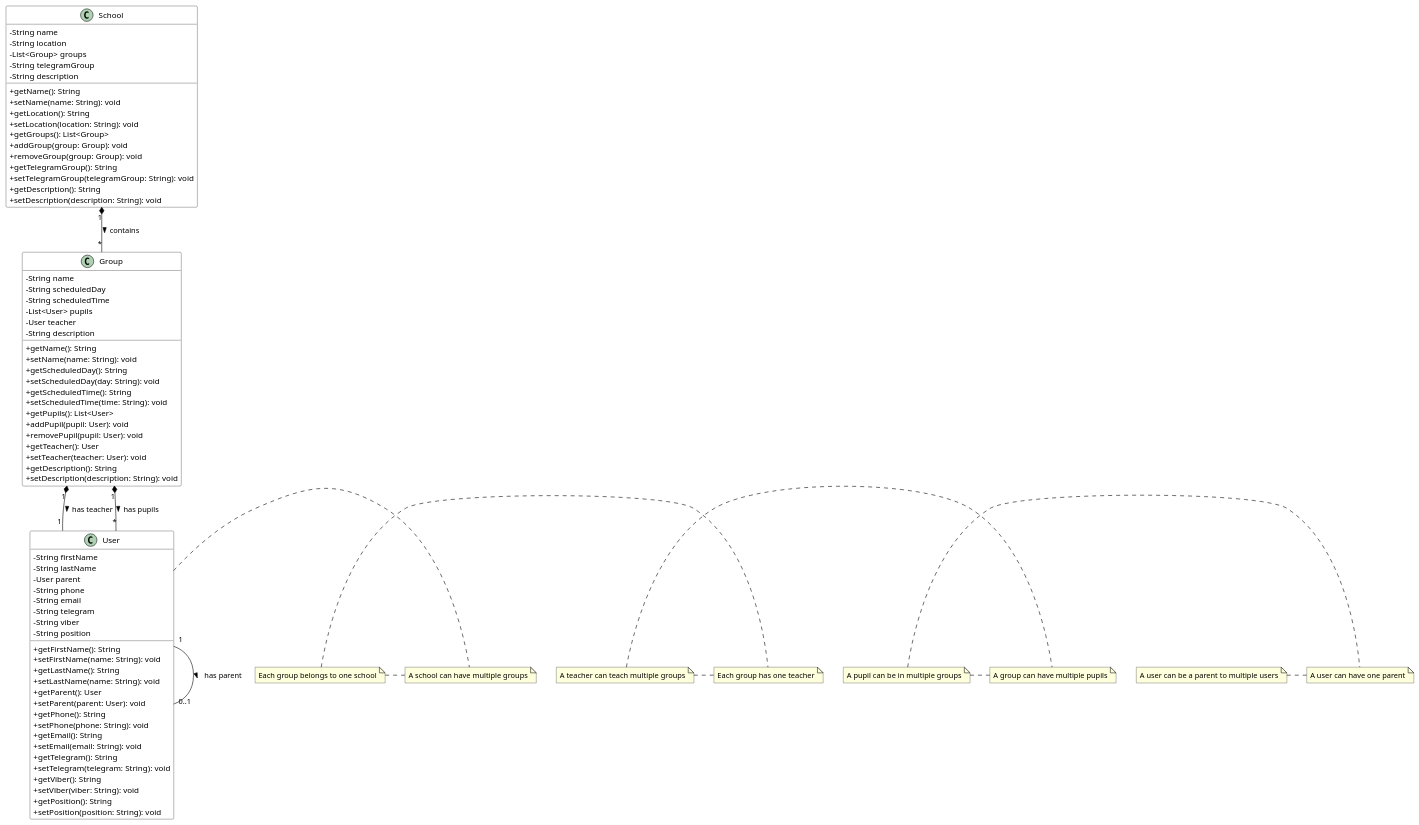
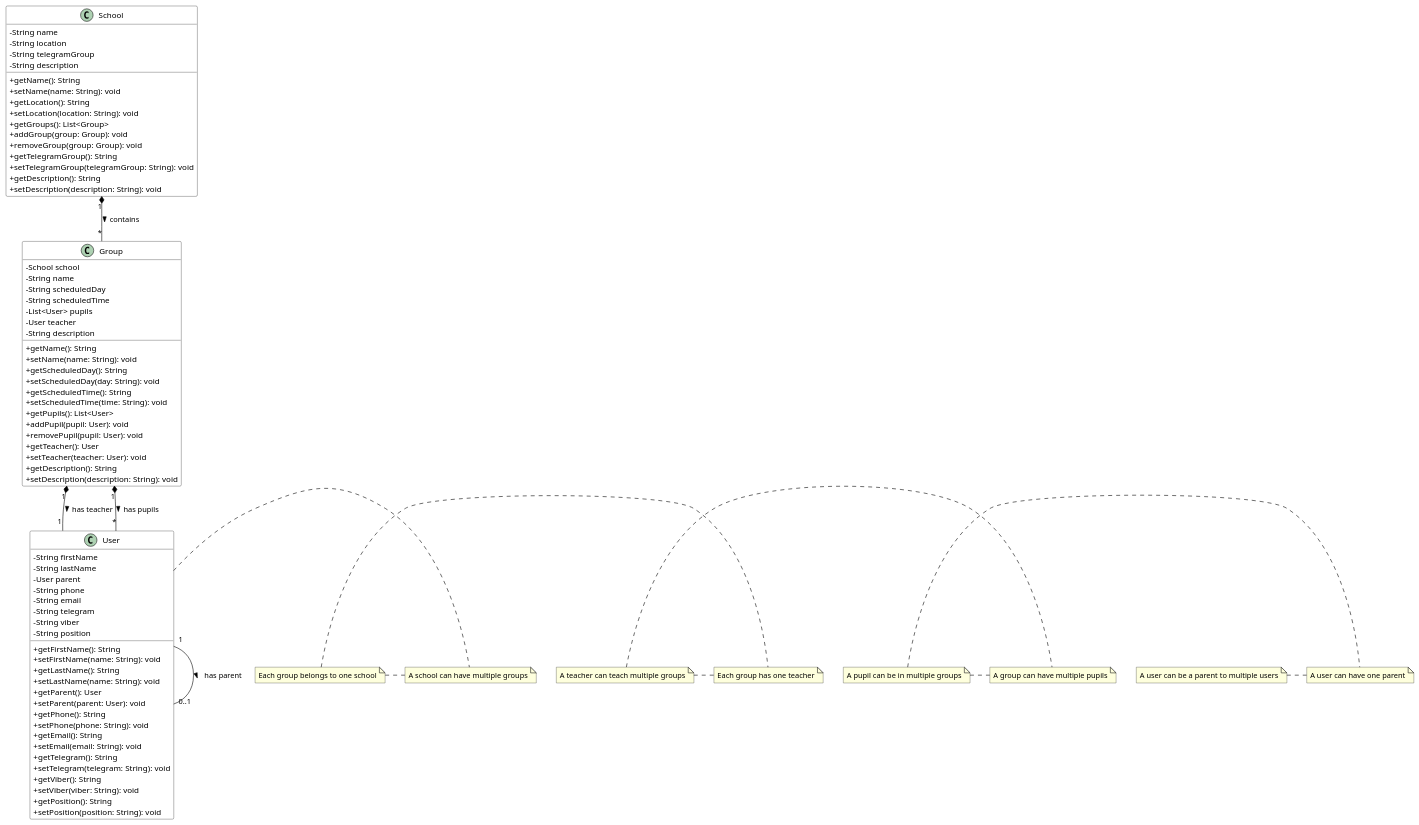
The diagram in school.puml (nick-barban/roboroxtestbot), drawn with PlantUML before and after one commit.

Commit message:
[RRTB-10] replace link to groups from School and add link to School from Group

```diff
--- a/school.puml
+++ b/school.puml
@@ -1,97 +1,97 @@
 @startuml School Structure
 
 ' Style settings
 skinparam classAttributeIconSize 0
 skinparam class {
     BackgroundColor White
     ArrowColor Black
     BorderColor Black
 }
 
 ' Class definitions with documentation
 class School {
     - String name
     - String location
-    - List<Group> groups
     - String telegramGroup
     - String description
     + getName(): String
     + setName(name: String): void
     + getLocation(): String
     + setLocation(location: String): void
     + getGroups(): List<Group>
     + addGroup(group: Group): void
     + removeGroup(group: Group): void
     + getTelegramGroup(): String
     + setTelegramGroup(telegramGroup: String): void
     + getDescription(): String
     + setDescription(description: String): void
 }
 
 class Group {
+    - School school
     - String name
     - String scheduledDay
     - String scheduledTime
     - List<User> pupils
     - User teacher
     - String description
     + getName(): String
     + setName(name: String): void
     + getScheduledDay(): String
     + setScheduledDay(day: String): void
     + getScheduledTime(): String
     + setScheduledTime(time: String): void
     + getPupils(): List<User>
     + addPupil(pupil: User): void
     + removePupil(pupil: User): void
     + getTeacher(): User
     + setTeacher(teacher: User): void
     + getDescription(): String
     + setDescription(description: String): void
 }
 
 class User {
     - String firstName
     - String lastName
     - User parent
     - String phone
     - String email
     - String telegram
     - String viber
     - String position
     + getFirstName(): String
     + setFirstName(name: String): void
     + getLastName(): String
     + setLastName(name: String): void
     + getParent(): User
     + setParent(parent: User): void
     + getPhone(): String
     + setPhone(phone: String): void
     + getEmail(): String
     + setEmail(email: String): void
     + getTelegram(): String
     + setTelegram(telegram: String): void
     + getViber(): String
     + setViber(viber: String): void
     + getPosition(): String
     + setPosition(position: String): void
 }
 
 ' Relationships with documentation
 School "1" *-- "*" Group : contains >
 note right: A school can have multiple groups
 note left: Each group belongs to one school
 
 Group "1" *-- "1" User : has teacher >
 note right: Each group has one teacher
 note left: A teacher can teach multiple groups
 
 Group "1" *-- "*" User : has pupils >
 note right: A group can have multiple pupils
 note left: A pupil can be in multiple groups
 
 User "1" -- "0..1" User : has parent >
 note right: A user can have one parent
 note left: A user can be a parent to multiple users
 
 @enduml 
```
